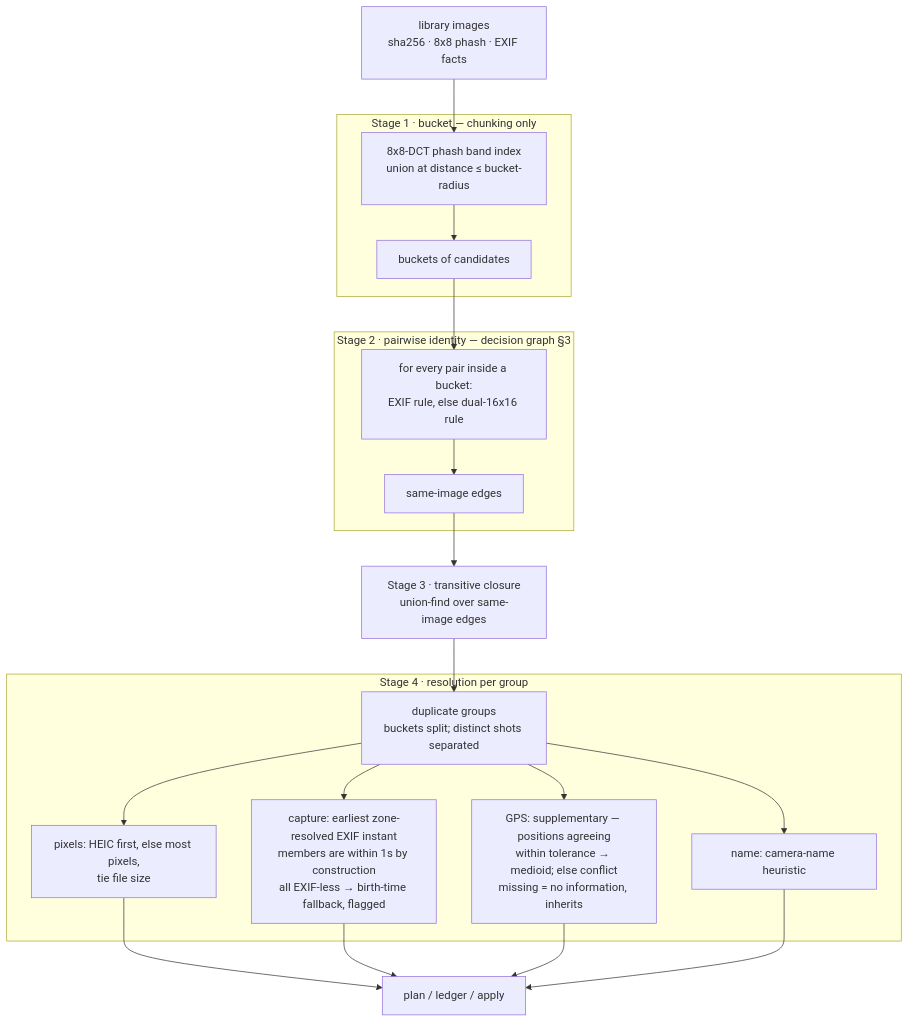
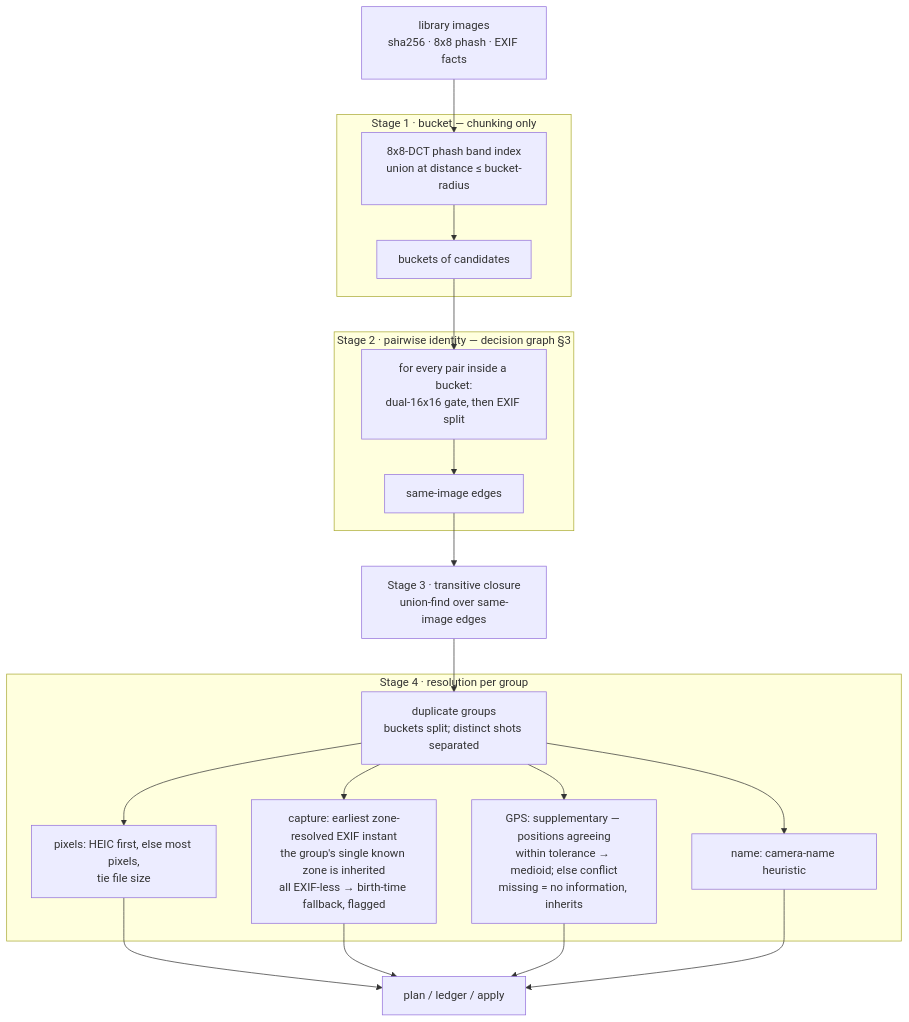
Before and after one commit to ImoStocky/photo-library-repair: the first of 2 diagrams in docs/identity-decision-graph.md, drawn with Mermaid. The commit also changed other lines of this file and 8 other files, not shown here.

First line of the commit message:
phash,group: canonical hash rotation + gate-first pair rule

````diff
--- a/docs/identity-decision-graph.md
+++ b/docs/identity-decision-graph.md
@@ -43,26 +45,26 @@
 ```mermaid
 flowchart TD
     L[library images<br/>sha256 · 8x8 phash · EXIF facts] --> B
 
     subgraph BUCKET[Stage 1 · bucket — chunking only]
         B[8x8-DCT phash band index<br/>union at distance ≤ bucket-radius] --> BK[buckets of candidates]
     end
 
     BK --> P
 
     subgraph PAIRWISE[Stage 2 · pairwise identity — decision graph §3]
-        P[for every pair inside a bucket:<br/>EXIF rule, else dual-16x16 rule] --> E[same-image edges]
+        P[for every pair inside a bucket:<br/>dual-16x16 gate, then EXIF split] --> E[same-image edges]
     end
 
     E --> C[Stage 3 · transitive closure<br/>union-find over same-image edges]
     C --> G[duplicate groups<br/>buckets split; distinct shots separated]
 
     subgraph RESOLVE[Stage 4 · resolution per group]
         G --> R1[pixels: HEIC first, else most pixels,<br/>tie file size]
-        G --> R2[capture: earliest zone-resolved EXIF instant<br/>members are within 1s by construction<br/>all EXIF-less → birth-time fallback, flagged]
+        G --> R2[capture: earliest zone-resolved EXIF instant<br/>the group's single known zone is inherited<br/>all EXIF-less → birth-time fallback, flagged]
         G --> R3[GPS: supplementary — positions agreeing<br/>within tolerance → medioid; else conflict<br/>missing = no information, inherits]
         G --> R4[name: camera-name heuristic]
     end
 
     R1 & R2 & R3 & R4 --> PLAN[plan / ledger / apply]
 ```
````
